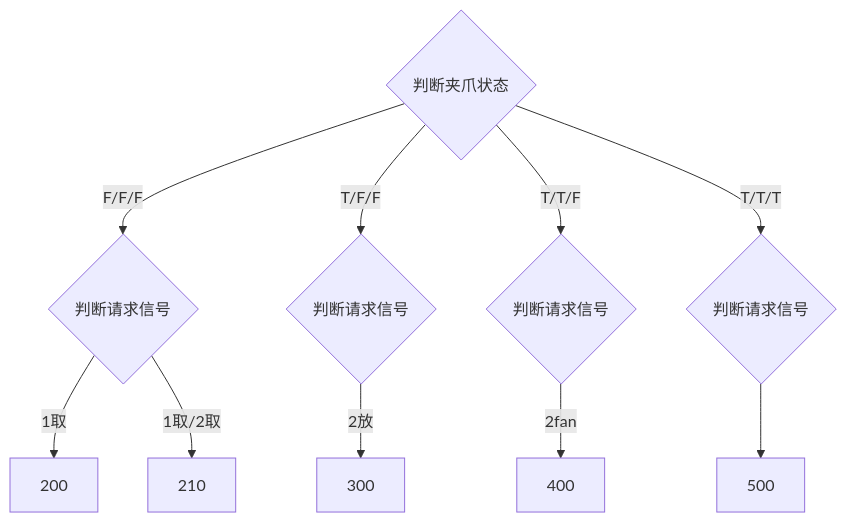
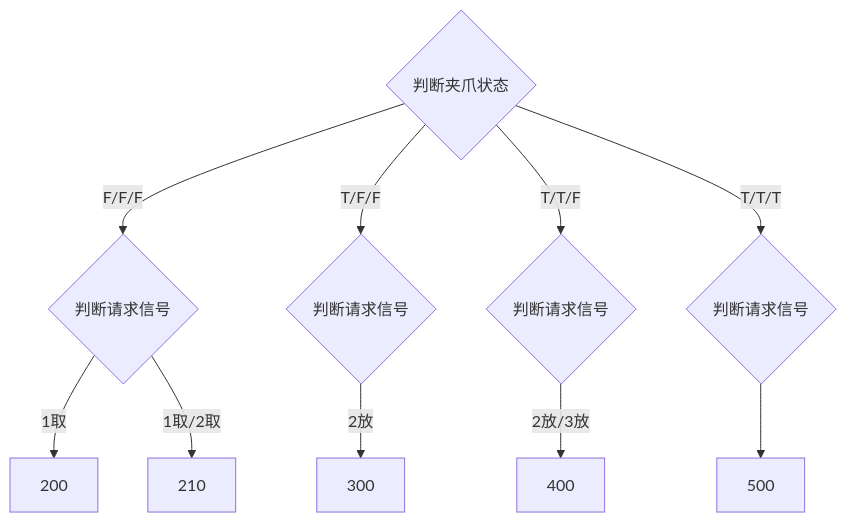
The diagram in all/未命名.md (zmq000/iodraw-files), drawn with Mermaid before and after one commit.

Commit message:
2026-06-18 11:53:59 update

````diff
--- a/all/未命名.md
+++ b/all/未命名.md
@@ -1,14 +1,14 @@
 ```mermaid
 graph TD
 10{判断夹爪状态}-->|F/F/F|20
 10-->|T/F/F|30
 10-->|T/T/F|40
 10-->|T/T/T|50
 
 20{判断请求信号}-->|1取|200
 20-->|1取/2取|210
+
 30{判断请求信号}-->|2放|300
-40{判断请求信号}-->|2fan|400
-
+40{判断请求信号}-->|2放/3放|400
 50{判断请求信号}-->500
 ```
````
